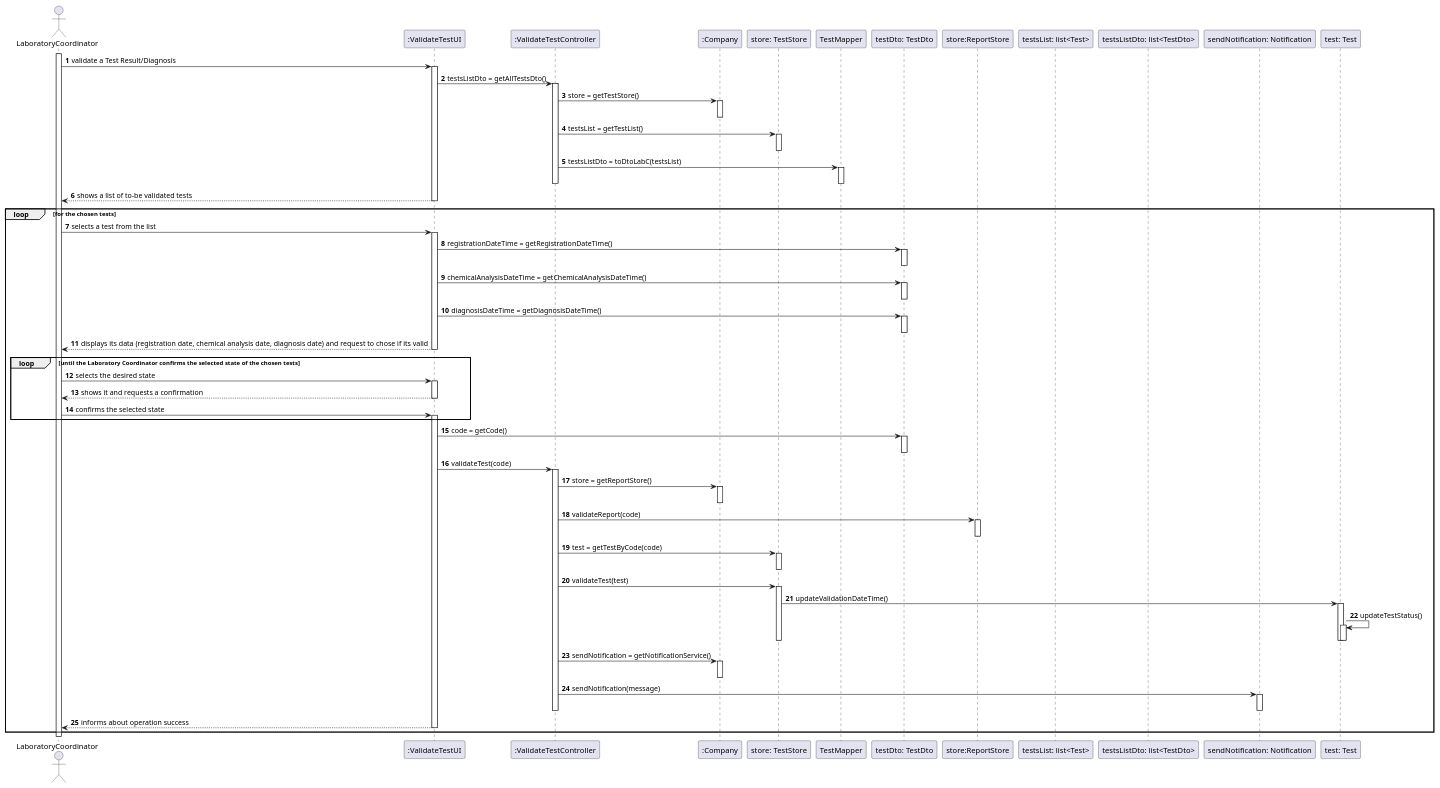
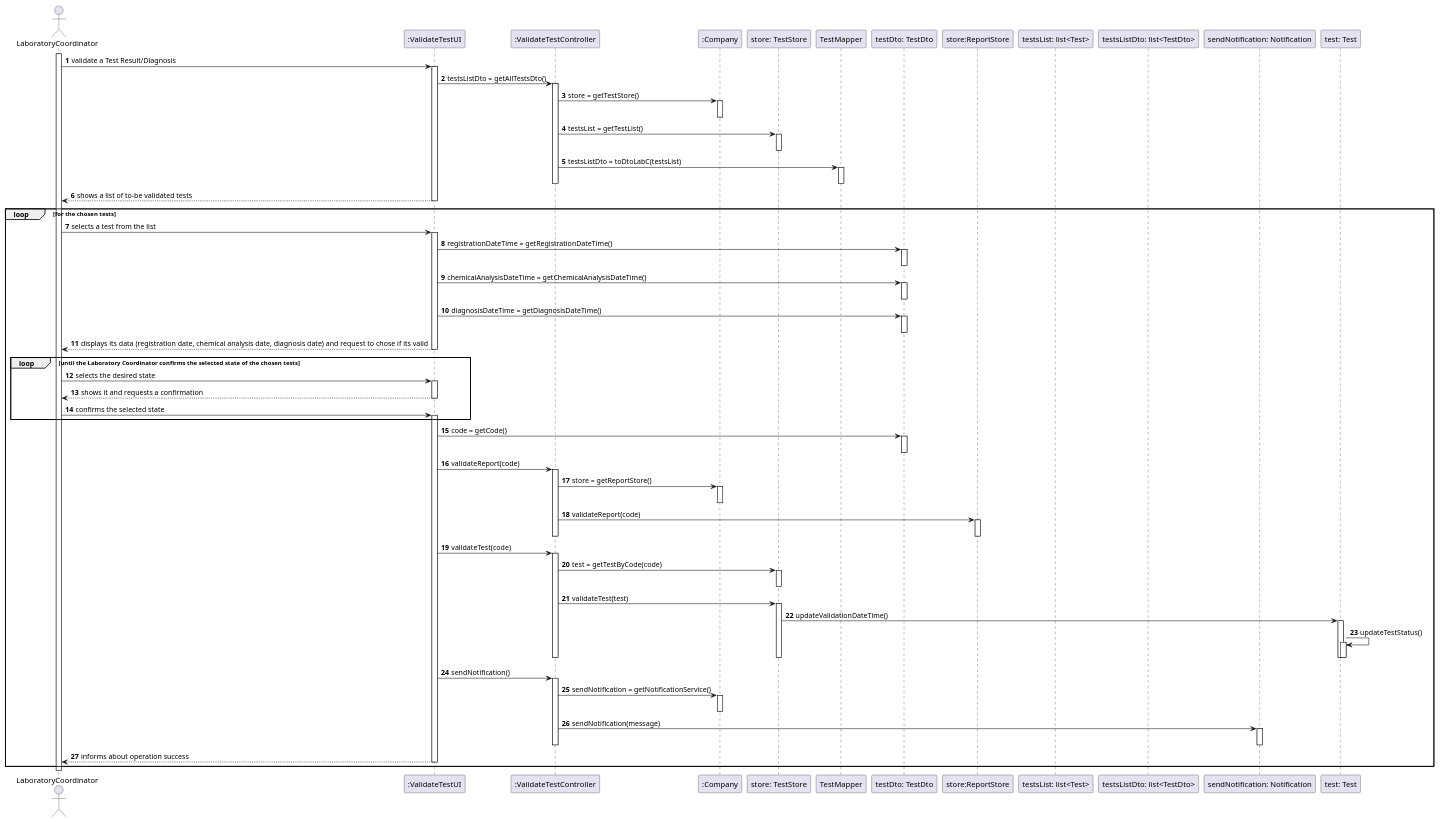
One commit to 0franciscor/lei-21-s2-1de-g19 changed the diagram in docs/SprintC/US15/US15-SD.puml. Above: the diagram before and after it, drawn with PlantUML. The commit also changed 3 other files, not shown here.

Commit message:
[US15] - Alteração de Diagramas para correção de erros.

```diff
--- a/docs/SprintC/US15/US15-SD.puml
+++ b/docs/SprintC/US15/US15-SD.puml
@@ -1,144 +1,154 @@
 @startuml
 autonumber
 
 actor "LaboratoryCoordinator" as labC
 activate labC
 
 participant ":ValidateTestUI" as validateTestUI
 participant ":ValidateTestController" as validateTestCont
 participant ":Company" as comp
 participant "store: TestStore" as TestStore
 participant "TestMapper" as TestMapper
 participant "testDto: TestDto" as TestDto
 participant "store:ReportStore" as ReportStore
 participant "testsList: list<Test>" as testsList
 participant "testsListDto: list<TestDto>" as testsListDto
 participant "sendNotification: Notification" as notification
 participant "test: Test" as test
 
 
 labC -> validateTestUI : validate a Test Result/Diagnosis
 
 
 activate validateTestUI
 validateTestUI -> validateTestCont: testsListDto = getAllTestsDto()
 
 
 activate validateTestCont
 
 
 validateTestCont -> comp : store = getTestStore()
 activate comp
 deactivate comp
 
 
 validateTestCont -> TestStore : testsList = getTestList()
 activate TestStore
 deactivate TestStore
 
 
 validateTestCont -> TestMapper : testsListDto = toDtoLabC(testsList)
 activate TestMapper
 deactivate TestMapper
 
 
 deactivate validateTestCont
 
 
 validateTestUI --> labC : shows a list of to-be validated tests
 deactivate validateTestUI
 
 
 loop for the chosen tests
 labC -> validateTestUI : selects a test from the list
 activate validateTestUI
 
 
 validateTestUI -> TestDto : registrationDateTime = getRegistrationDateTime()
 activate TestDto
 deactivate TestDto
 
 
 validateTestUI -> TestDto : chemicalAnalysisDateTime = getChemicalAnalysisDateTime()
 activate TestDto
 deactivate TestDto
 
 
 validateTestUI -> TestDto : diagnosisDateTime = getDiagnosisDateTime()
 activate TestDto
 deactivate TestDto
 
 
 validateTestUI --> labC : displays its data (registration date, chemical analysis date, diagnosis date) and request to chose if its valid
 deactivate validateTestUI
 
 
 deactivate validateTestUI
 
 
 loop until the Laboratory Coordinator confirms the selected state of the chosen tests
 labC -> validateTestUI : selects the desired state
 activate validateTestUI
 
 
 validateTestUI --> labC : shows it and requests a confirmation
 deactivate validateTestUI
 
 labC -> validateTestUI : confirms the selected state
 activate validateTestUI
 end
 
 
 validateTestUI -> TestDto : code = getCode()
 activate TestDto
 deactivate TestDto
 
 
-validateTestUI -> validateTestCont : validateTest(code)
+validateTestUI -> validateTestCont : validateReport(code)
+
 
 
 activate validateTestCont
-
 validateTestCont -> comp: store = getReportStore()
 activate comp
 deactivate comp
 
 
 validateTestCont -> ReportStore : validateReport(code)
 activate ReportStore
 deactivate ReportStore
+deactivate validateTestCont
+
+validateTestUI -> validateTestCont : validateTest(code)
+activate validateTestCont
+
 
 validateTestCont -> TestStore : test = getTestByCode(code)
+
 activate TestStore
 deactivate TestStore
 
 validateTestCont -> TestStore : validateTest(test)
 activate TestStore
 
 
 TestStore -> test ++: updateValidationDateTime()
 
 
 test -> test ++: updateTestStatus()
 deactivate test
 deactivate test
 deactivate TestStore
+deactivate validateTestCont
+
+validateTestUI -> validateTestCont : sendNotification()
+activate validateTestCont
 
 
 validateTestCont -> comp: sendNotification = getNotificationService()
 activate comp
 deactivate comp
 
 
 validateTestCont -> notification: sendNotification(message)
 activate notification
 deactivate notification
 deactivate validateTestCont
 
 
 validateTestUI --> labC : informs about operation success
 deactivate validateTestCont
 deactivate validateTestUI
 
 end
 @enduml
```
